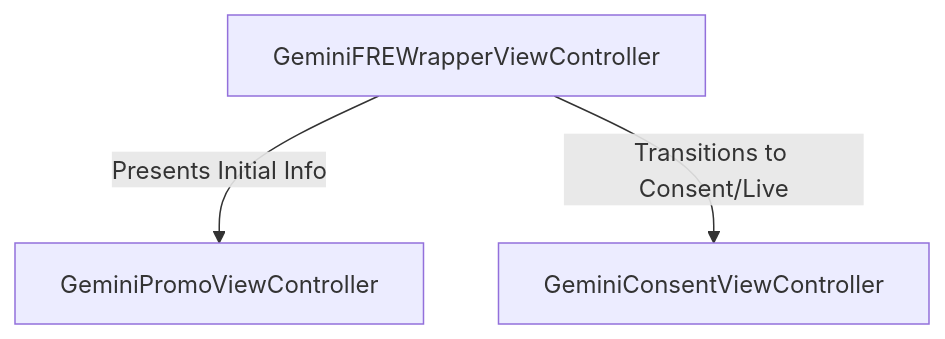
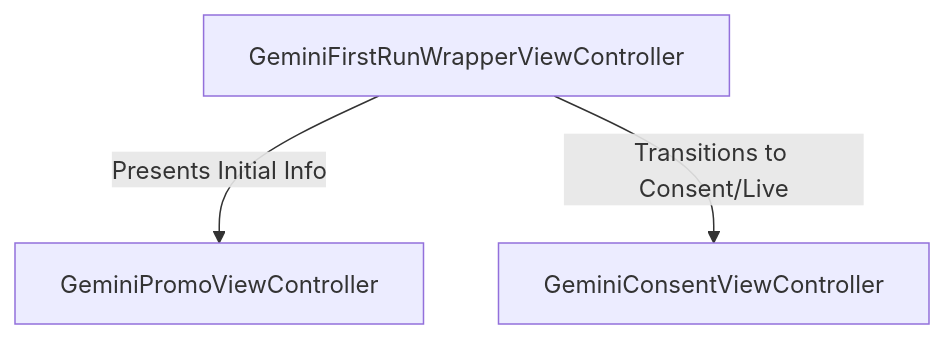
The second of 2 diagrams in ios/chrome/browser/intelligence/bwg/ui/README.md (benji-cannot-code/fast-vc-chromium-benchmark-run-4), drawn with Mermaid before and after one commit. The commit also changed other lines of this file and 7 other files, not shown here.

````diff
--- a/ios/chrome/browser/intelligence/bwg/ui/README.md
+++ b/ios/chrome/browser/intelligence/bwg/ui/README.md
@@ -11,6 +22,6 @@
 ```mermaid
 graph TD
-    Wrapper[GeminiFREWrapperViewController]
+    Wrapper[GeminiFirstRunWrapperViewController]
     Wrapper -->|Presents Initial Info| Promo[GeminiPromoViewController]
     Wrapper -->|Transitions to Consent/Live| Consent[GeminiConsentViewController]
 ```
````
